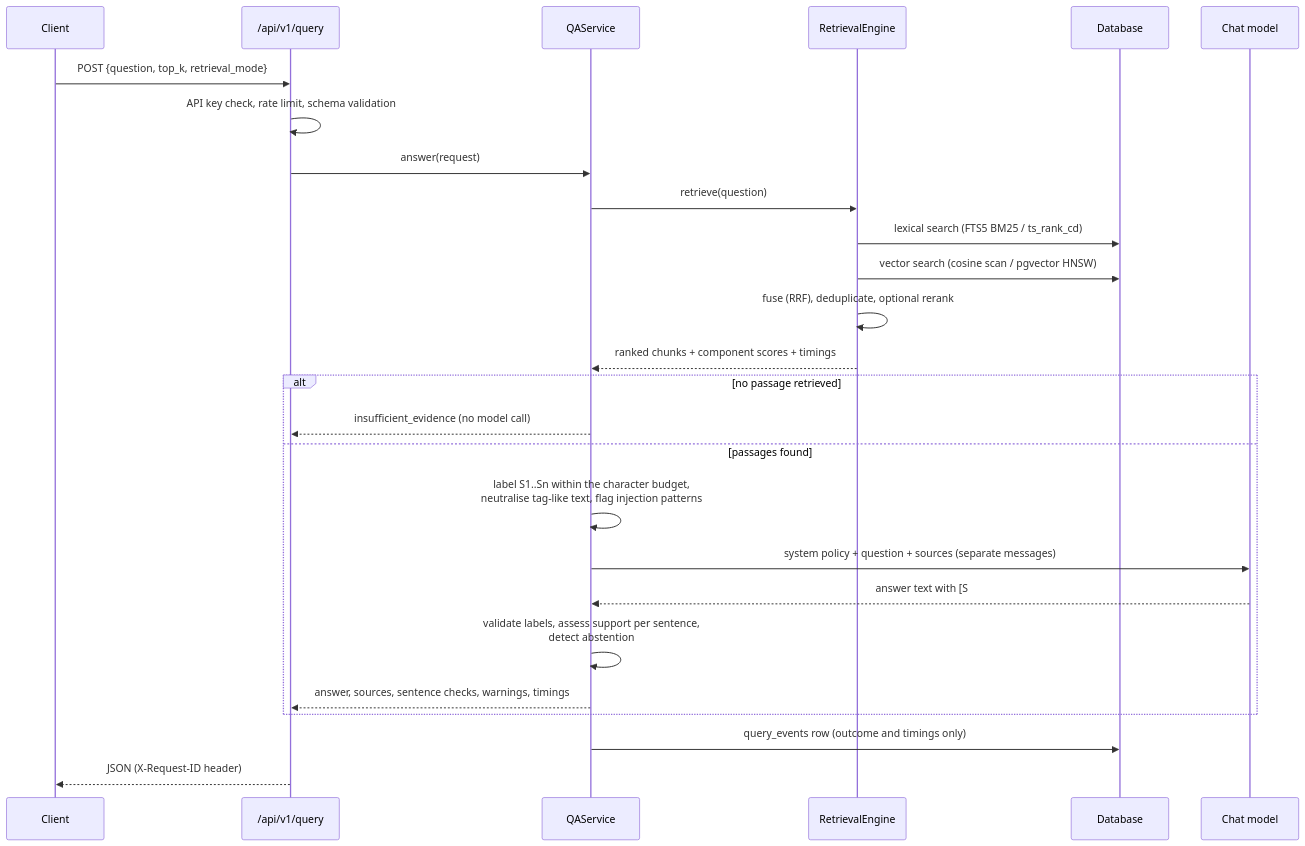
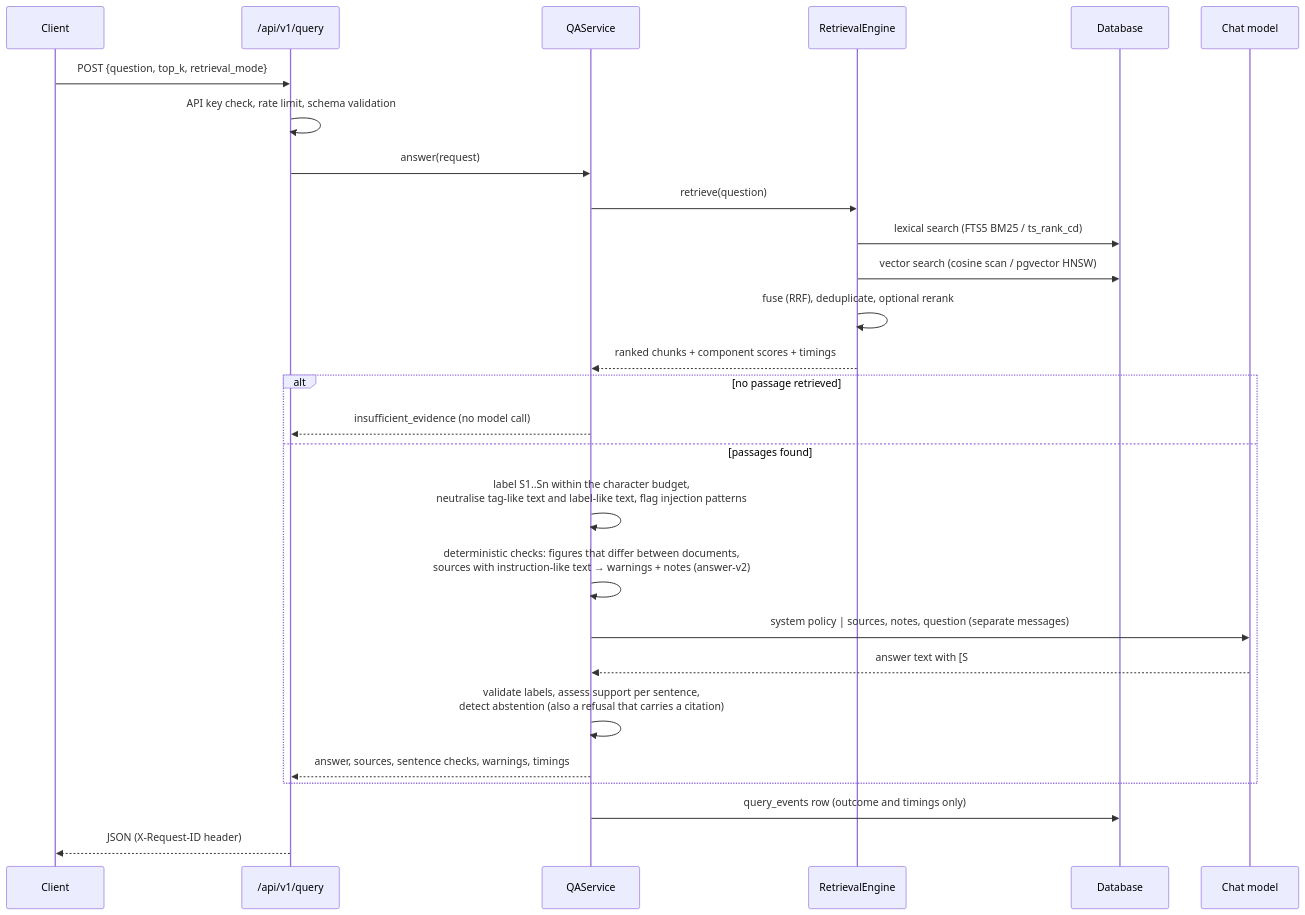
Before and after one commit to pouyapd/GroundedAI: the second of 2 diagrams in docs/ARCHITECTURE.md, drawn with Mermaid. The commit also changed other lines of this file and 1 other file, not shown here.

First line of the commit message:
Document versioned prompts and the pre-generation checks

````diff
--- a/docs/ARCHITECTURE.md
+++ b/docs/ARCHITECTURE.md
@@ -60,28 +60,29 @@
 ```mermaid
 sequenceDiagram
   participant C as Client
   participant API as /api/v1/query
   participant QA as QAService
   participant R as RetrievalEngine
   participant DB as Database
   participant M as Chat model
   C->>API: POST {question, top_k, retrieval_mode}
   API->>API: API key check, rate limit, schema validation
   API->>QA: answer(request)
   QA->>R: retrieve(question)
   R->>DB: lexical search (FTS5 BM25 / ts_rank_cd)
   R->>DB: vector search (cosine scan / pgvector HNSW)
   R->>R: fuse (RRF), deduplicate, optional rerank
   R-->>QA: ranked chunks + component scores + timings
   alt no passage retrieved
     QA-->>API: insufficient_evidence (no model call)
   else passages found
-    QA->>QA: label S1..Sn within the character budget,<br/>neutralise tag-like text, flag injection patterns
-    QA->>M: system policy + question + sources (separate messages)
+    QA->>QA: label S1..Sn within the character budget,<br/>neutralise tag-like text and label-like text, flag injection patterns
+    QA->>QA: deterministic checks: figures that differ between documents,<br/>sources with instruction-like text → warnings + notes (answer-v2)
+    QA->>M: system policy | sources, notes, question (separate messages)
     M-->>QA: answer text with [S#] markers
-    QA->>QA: validate labels, assess support per sentence,<br/>detect abstention
+    QA->>QA: validate labels, assess support per sentence,<br/>detect abstention (also a refusal that carries a citation)
     QA-->>API: answer, sources, sentence checks, warnings, timings
   end
   QA->>DB: query_events row (outcome and timings only)
   API-->>C: JSON (X-Request-ID header)
 ```
````
